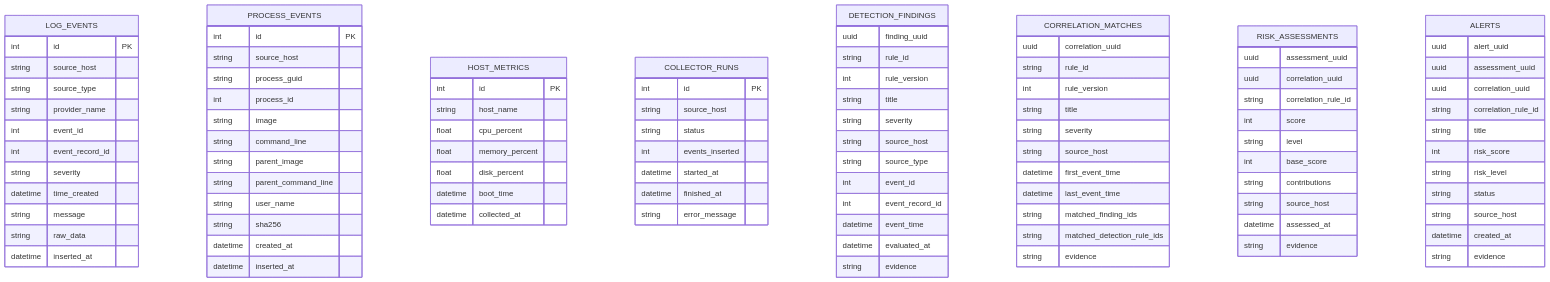
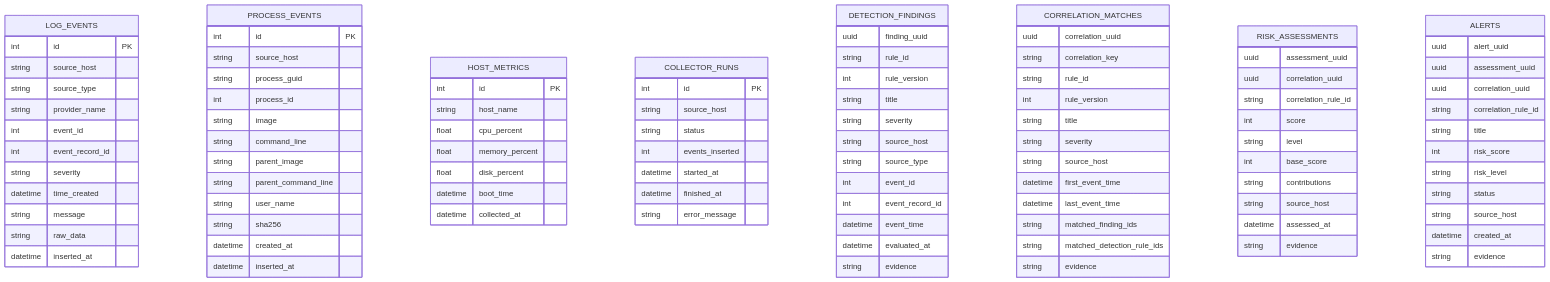
One commit to Hilliam1/Telemetry-Platform changed diagram 12 of 23 in docs/01_System_Architecture.md. Above: the diagram before and after it, drawn with Mermaid. The commit also changed other lines of this file and 31 other files, not shown here.

```diff
--- a/docs/01_System_Architecture.md
+++ b/docs/01_System_Architecture.md
@@ -516,6 +526,7 @@
  }
  CORRELATION_MATCHES {
  uuid correlation_uuid
+ string correlation_key
  string rule_id
  int rule_version
  string title
```
